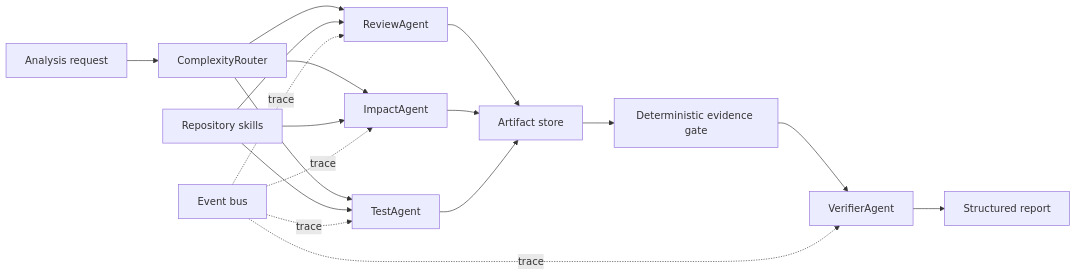
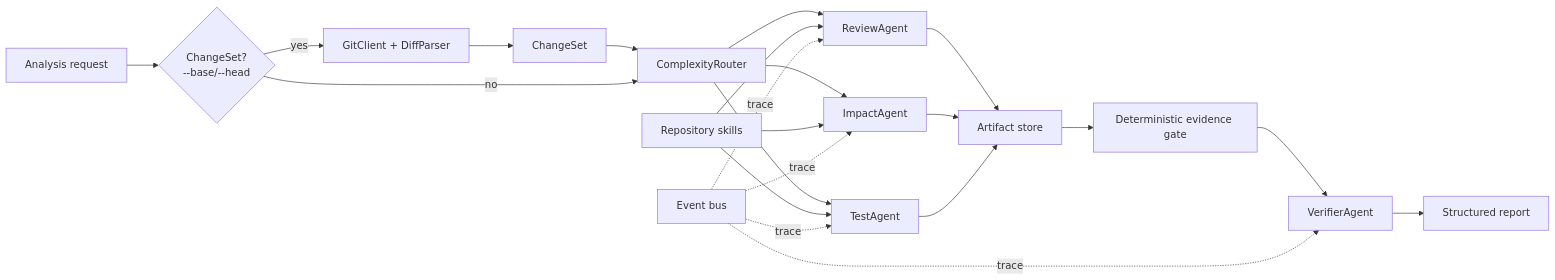
Before and after one commit to AaYang0312/RepoSentry: the diagram in README.md, drawn with Mermaid. The commit also changed other lines of this file and 1 other file, not shown here.

````diff
--- a/README.md
+++ b/README.md
@@ -29,20 +34,24 @@
 ```mermaid
 flowchart LR
-    A["Analysis request"] --> B["ComplexityRouter"]
+    A["Analysis request"] --> R{"ChangeSet?\n--base/--head"}
+    R -- yes --> GS["GitClient + DiffParser"]
+    GS --> CS["ChangeSet"]
+    CS --> B["ComplexityRouter"]
+    R -- no --> B
     B --> C["ReviewAgent"]
     B --> D["ImpactAgent"]
     B --> E["TestAgent"]
     C --> F["Artifact store"]
     D --> F
     E --> F
     F --> G["Deterministic evidence gate"]
     G --> H["VerifierAgent"]
     H --> I["Structured report"]
     J["Repository skills"] --> C
     J --> D
     J --> E
     K["Event bus"] -. trace .-> C
     K -. trace .-> D
     K -. trace .-> E
     K -. trace .-> H
 ```
````
